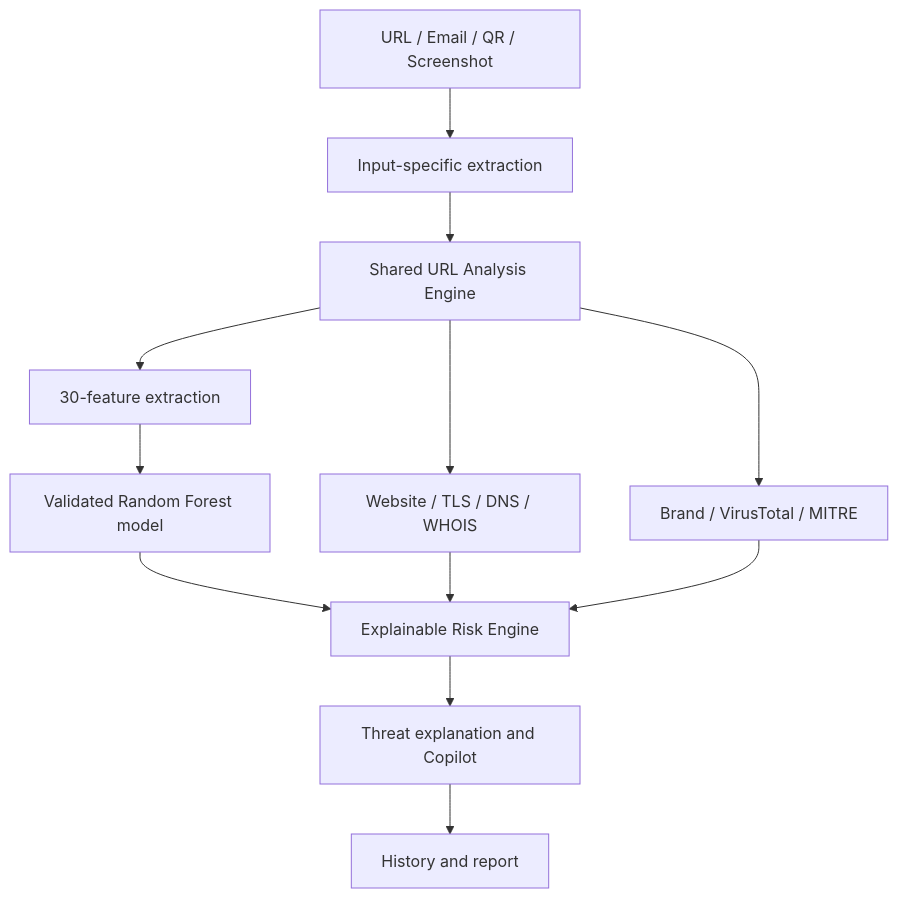
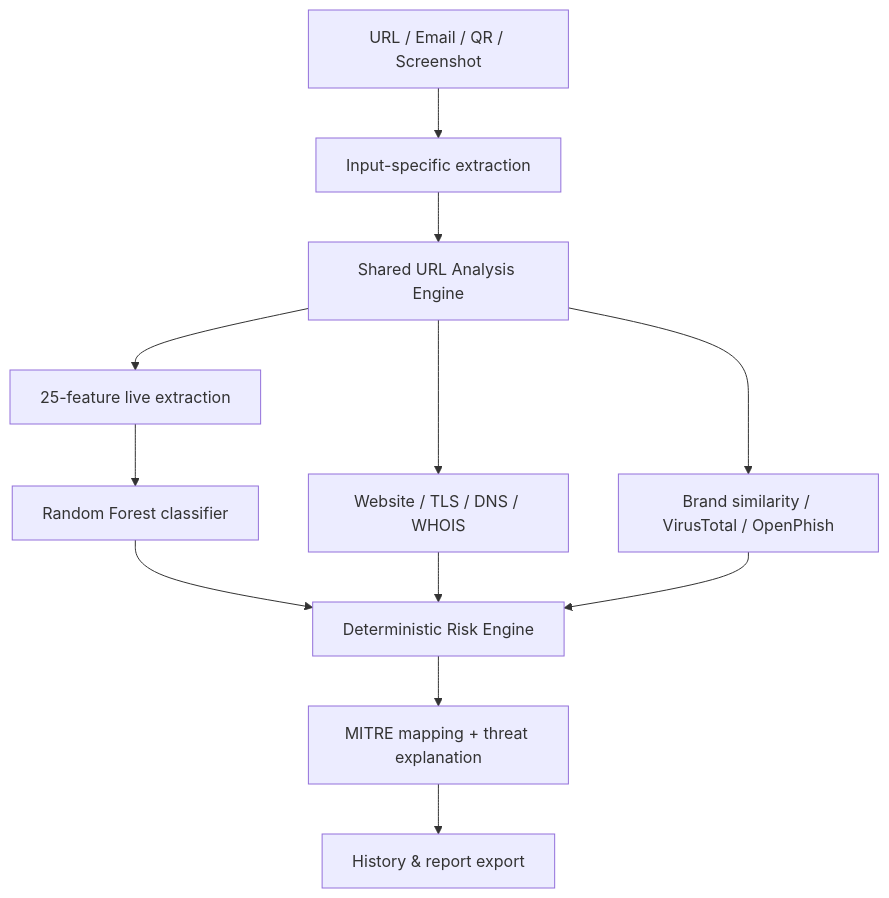
Before and after one commit to Ishita-rastogi06/Phis-ShieldAI: the diagram in README.md, drawn with Mermaid. The commit also changed other lines of this file and 49 other files, not shown here.

Commit message:
checkpoint before removing legacy 30-feature model

````diff
--- a/README.md
+++ b/README.md
@@ -38,14 +59,14 @@
 ```mermaid
 flowchart TD
     I[URL / Email / QR / Screenshot] --> X[Input-specific extraction]
     X --> U[Shared URL Analysis Engine]
-    U --> F[30-feature extraction]
-    F --> M[Validated Random Forest model]
+    U --> F[25-feature live extraction]
+    F --> M[Random Forest classifier]
     U --> E[Website / TLS / DNS / WHOIS]
-    U --> T[Brand / VirusTotal / MITRE]
-    M --> R[Explainable Risk Engine]
+    U --> T[Brand similarity / VirusTotal / OpenPhish]
+    M --> R[Deterministic Risk Engine]
     E --> R
     T --> R
-    R --> C[Threat explanation and Copilot]
-    C --> H[History and report]
+    R --> C[MITRE mapping + threat explanation]
+    C --> H[History & report export]
 ```
````
